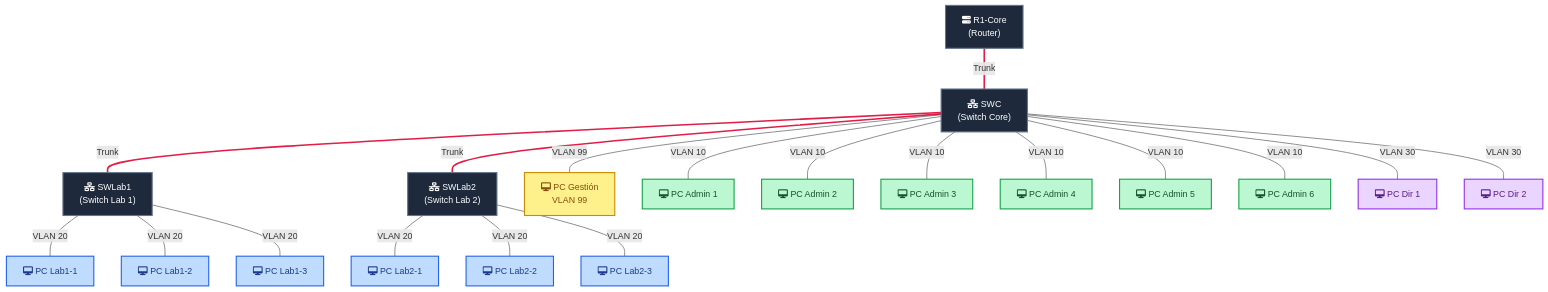
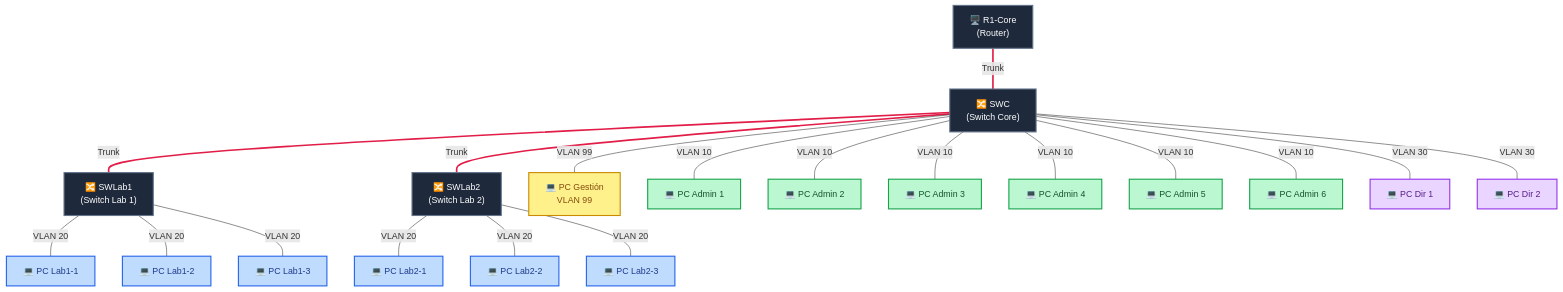
One commit to elzro/portafolio-alumno-prueba changed the second of 2 diagrams in README.md. Above: the diagram before and after it, drawn with Mermaid.

````diff
--- a/README.md
+++ b/README.md
@@ -54,65 +54,63 @@
 ```mermaid
 graph TD
-    %% Define el uso de FontAwesome para íconos
     %% Routers y Switches
-    R1["fa:fa-server R1-Core<br/>(Router)"]
-    SWC["fa:fa-network-wired SWC<br/>(Switch Core)"]
-    SWL1["fa:fa-network-wired SWLab1<br/>(Switch Lab 1)"]
-    SWL2["fa:fa-network-wired SWLab2<br/>(Switch Lab 2)"]
+    R1["🖥️ R1-Core<br/>(Router)"]
+    SWC["🔀 SWC<br/>(Switch Core)"]
+    SWL1["🔀 SWLab1<br/>(Switch Lab 1)"]
+    SWL2["🔀 SWLab2<br/>(Switch Lab 2)"]
 
     %% VLAN 99: Gestión
-    PCG["fa:fa-desktop PC Gestión<br/>VLAN 99"]
+    PCG["💻 PC Gestión<br/>VLAN 99"]
 
     %% VLAN 10: Administrativos
-    PCA1["fa:fa-desktop PC Admin 1"]
-    PCA2["fa:fa-desktop PC Admin 2"]
-    PCA3["fa:fa-desktop PC Admin 3"]
-    PCA4["fa:fa-desktop PC Admin 4"]
-    PCA5["fa:fa-desktop PC Admin 5"]
-    PCA6["fa:fa-desktop PC Admin 6"]
+    PCA1["💻 PC Admin 1"]
+    PCA2["💻 PC Admin 2"]
+    PCA3["💻 PC Admin 3"]
+    PCA4["💻 PC Admin 4"]
+    PCA5["💻 PC Admin 5"]
+    PCA6["💻 PC Admin 6"]
 
     %% VLAN 30: Dirección
-    PCD1["fa:fa-desktop PC Dir 1"]
-    PCD2["fa:fa-desktop PC Dir 2"]
+    PCD1["💻 PC Dir 1"]
+    PCD2["💻 PC Dir 2"]
 
     %% VLAN 20: Laboratorios
-    PCL1_1["fa:fa-desktop PC Lab1-1"]
-    PCL1_2["fa:fa-desktop PC Lab1-2"]
-    PCL1_3["fa:fa-desktop PC Lab1-3"]
+    PCL1_1["💻 PC Lab1-1"]
+    PCL1_2["💻 PC Lab1-2"]
+    PCL1_3["💻 PC Lab1-3"]
 
-    PCL2_1["fa:fa-desktop PC Lab2-1"]
-    PCL2_2["fa:fa-desktop PC Lab2-2"]
-    PCL2_3["fa:fa-desktop PC Lab2-3"]
+    PCL2_1["💻 PC Lab2-1"]
+    PCL2_2["💻 PC Lab2-2"]
+    PCL2_3["💻 PC Lab2-3"]
 
     %% --- CONEXIONES ---
     %% Enlaces Troncales (Trunk)
     R1 ===|Trunk| SWC
     SWC ===|Trunk| SWL1
     SWC ===|Trunk| SWL2
 
-    %% Enlaces de Acceso desde SWC
+    %% Enlaces de Acceso
     SWC ---|VLAN 99| PCG
     SWC ---|VLAN 10| PCA1 & PCA2 & PCA3 & PCA4 & PCA5 & PCA6
     SWC ---|VLAN 30| PCD1 & PCD2
 
-    %% Enlaces de Acceso desde SWLab1 y SWLab2
     SWL1 ---|VLAN 20| PCL1_1 & PCL1_2 & PCL1_3
     SWL2 ---|VLAN 20| PCL2_1 & PCL2_2 & PCL2_3
 
     %% --- ESTILOS DE ENLACES TRONCALES ---
     linkStyle 0,1,2 stroke:#e11d48,stroke-width:3px;
 
     %% --- DEFINICIÓN DE CLASES Y COLORES ---
     classDef infra fill:#1e293b,stroke:#64748b,stroke-width:2px,color:#fff;
     classDef vlan99 fill:#fef08a,stroke:#ca8a04,stroke-width:2px,color:#854d0e;
     classDef vlan10 fill:#bbf7d0,stroke:#16a34a,stroke-width:2px,color:#14532d;
     classDef vlan30 fill:#e9d5ff,stroke:#9333ea,stroke-width:2px,color:#581c87;
     classDef vlan20 fill:#bfdbfe,stroke:#2563eb,stroke-width:2px,color:#1e3a8a;
 
     %% --- ASIGNACIÓN DE CLASES ---
     class R1,SWC,SWL1,SWL2 infra;
     class PCG vlan99;
     class PCA1,PCA2,PCA3,PCA4,PCA5,PCA6 vlan10;
     class PCD1,PCD2 vlan30;
     class PCL1_1,PCL1_2,PCL1_3,PCL2_1,PCL2_2,PCL2_3 vlan20;
 ```
````
